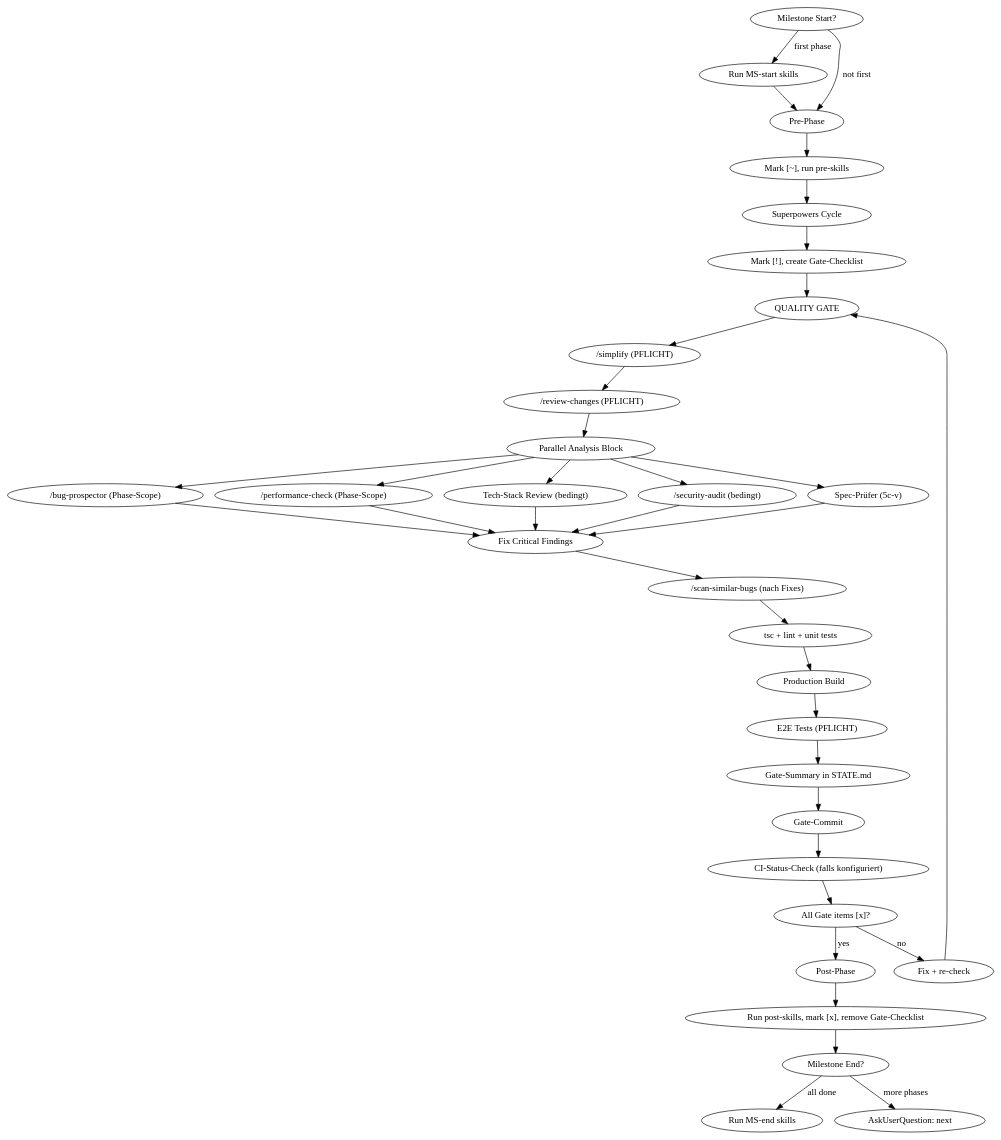
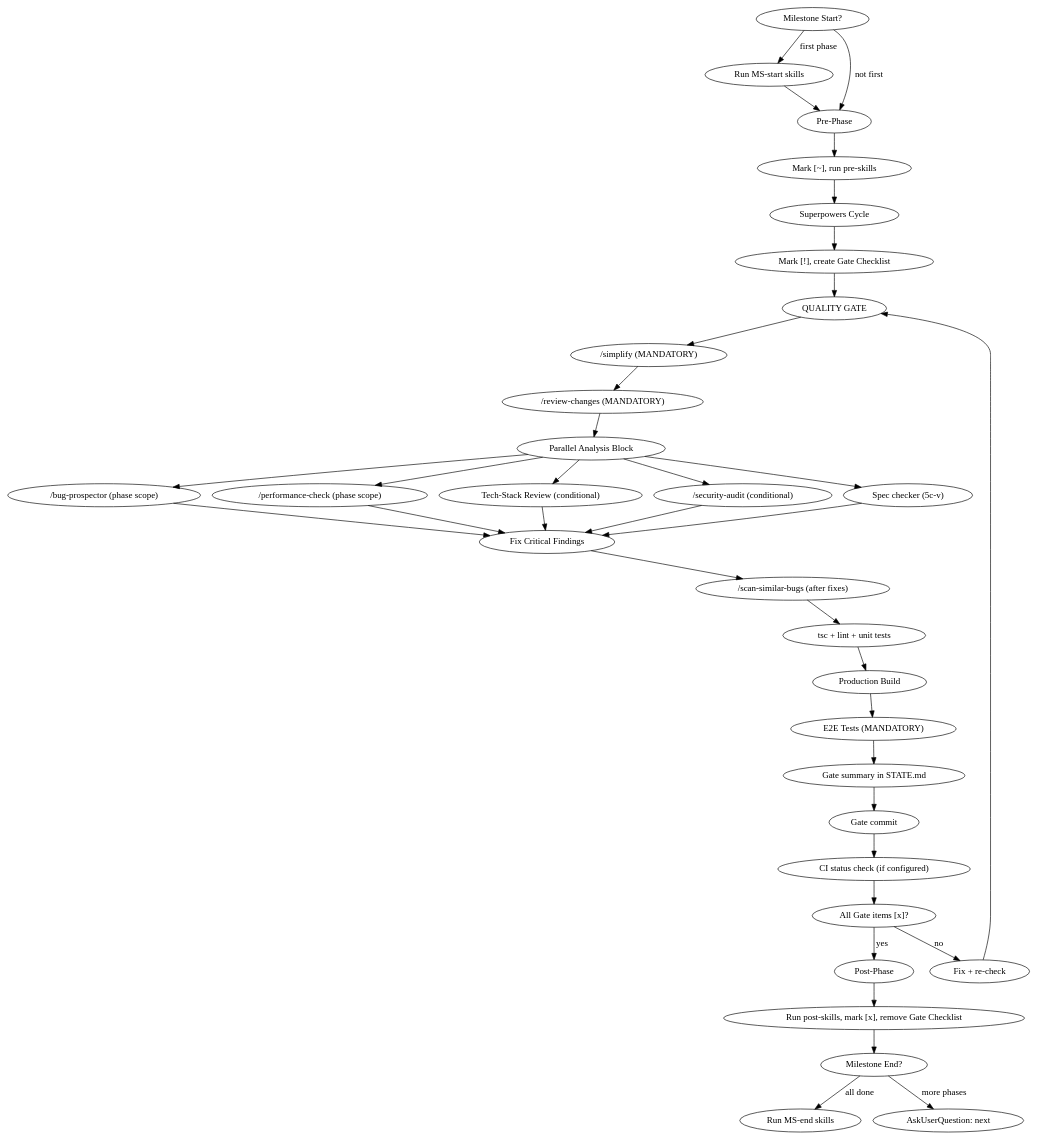
The second of 3 diagrams in dev/SKILL.md (culfin/claude-skills-public), drawn with Graphviz before and after one commit. The commit also changed other lines of this file and 23 other files, not shown here.

First line of the commit message:
Translate dev and deps to English, remove bug-prospector-neutral

````diff
--- a/dev/SKILL.md
+++ b/dev/SKILL.md
@@ -384,40 +383,40 @@
 ```dot
 digraph phase {
   rankdir=TB;
   "Milestone Start?" -> "Run MS-start skills" [label="first phase"];
   "Milestone Start?" -> "Pre-Phase" [label="not first"];
   "Run MS-start skills" -> "Pre-Phase";
   "Pre-Phase" -> "Mark [~], run pre-skills";
   "Mark [~], run pre-skills" -> "Superpowers Cycle";
-  "Superpowers Cycle" -> "Mark [!], create Gate-Checklist";
-  "Mark [!], create Gate-Checklist" -> "QUALITY GATE";
-  "QUALITY GATE" -> "/simplify (PFLICHT)";
-  "/simplify (PFLICHT)" -> "/review-changes (PFLICHT)";
-  "/review-changes (PFLICHT)" -> "Parallel Analysis Block";
-  "Parallel Analysis Block" -> "/bug-prospector (Phase-Scope)";
-  "Parallel Analysis Block" -> "/performance-check (Phase-Scope)";
-  "Parallel Analysis Block" -> "Tech-Stack Review (bedingt)";
-  "Parallel Analysis Block" -> "/security-audit (bedingt)";
-  "Parallel Analysis Block" -> "Spec-Prüfer (5c-v)";
-  "/bug-prospector (Phase-Scope)" -> "Fix Critical Findings";
-  "/performance-check (Phase-Scope)" -> "Fix Critical Findings";
-  "Tech-Stack Review (bedingt)" -> "Fix Critical Findings";
-  "/security-audit (bedingt)" -> "Fix Critical Findings";
-  "Spec-Prüfer (5c-v)" -> "Fix Critical Findings";
-  "Fix Critical Findings" -> "/scan-similar-bugs (nach Fixes)";
-  "/scan-similar-bugs (nach Fixes)" -> "tsc + lint + unit tests";
+  "Superpowers Cycle" -> "Mark [!], create Gate Checklist";
+  "Mark [!], create Gate Checklist" -> "QUALITY GATE";
+  "QUALITY GATE" -> "/simplify (MANDATORY)";
+  "/simplify (MANDATORY)" -> "/review-changes (MANDATORY)";
+  "/review-changes (MANDATORY)" -> "Parallel Analysis Block";
+  "Parallel Analysis Block" -> "/bug-prospector (phase scope)";
+  "Parallel Analysis Block" -> "/performance-check (phase scope)";
+  "Parallel Analysis Block" -> "Tech-Stack Review (conditional)";
+  "Parallel Analysis Block" -> "/security-audit (conditional)";
+  "Parallel Analysis Block" -> "Spec checker (5c-v)";
+  "/bug-prospector (phase scope)" -> "Fix Critical Findings";
+  "/performance-check (phase scope)" -> "Fix Critical Findings";
+  "Tech-Stack Review (conditional)" -> "Fix Critical Findings";
+  "/security-audit (conditional)" -> "Fix Critical Findings";
+  "Spec checker (5c-v)" -> "Fix Critical Findings";
+  "Fix Critical Findings" -> "/scan-similar-bugs (after fixes)";
+  "/scan-similar-bugs (after fixes)" -> "tsc + lint + unit tests";
   "tsc + lint + unit tests" -> "Production Build";
-  "Production Build" -> "E2E Tests (PFLICHT)";
-  "E2E Tests (PFLICHT)" -> "Gate-Summary in STATE.md";
-  "Gate-Summary in STATE.md" -> "Gate-Commit";
-  "Gate-Commit" -> "CI-Status-Check (falls konfiguriert)";
-  "CI-Status-Check (falls konfiguriert)" -> "All Gate items [x]?";
+  "Production Build" -> "E2E Tests (MANDATORY)";
+  "E2E Tests (MANDATORY)" -> "Gate summary in STATE.md";
+  "Gate summary in STATE.md" -> "Gate commit";
+  "Gate commit" -> "CI status check (if configured)";
+  "CI status check (if configured)" -> "All Gate items [x]?";
   "All Gate items [x]?" -> "Post-Phase" [label="yes"];
   "All Gate items [x]?" -> "Fix + re-check" [label="no"];
   "Fix + re-check" -> "QUALITY GATE";
-  "Post-Phase" -> "Run post-skills, mark [x], remove Gate-Checklist";
-  "Run post-skills, mark [x], remove Gate-Checklist" -> "Milestone End?" [label=""];
+  "Post-Phase" -> "Run post-skills, mark [x], remove Gate Checklist";
+  "Run post-skills, mark [x], remove Gate Checklist" -> "Milestone End?" [label=""];
   "Milestone End?" -> "Run MS-end skills" [label="all done"];
   "Milestone End?" -> "AskUserQuestion: next" [label="more phases"];
 }
 ```
````
